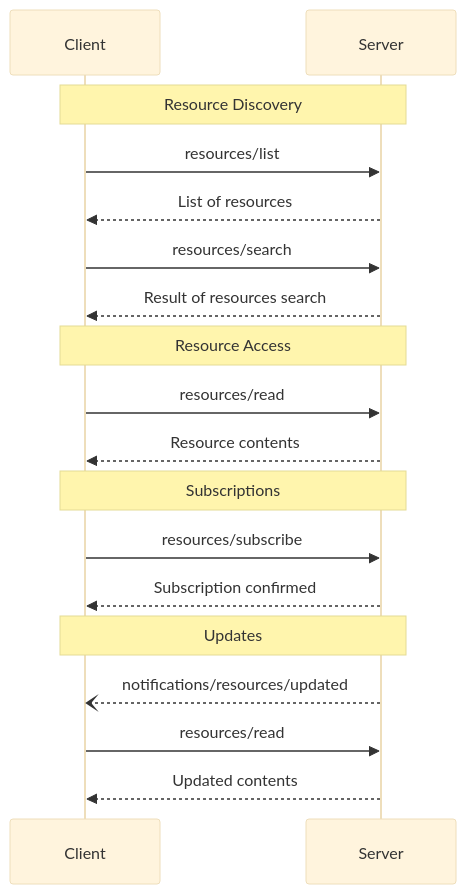
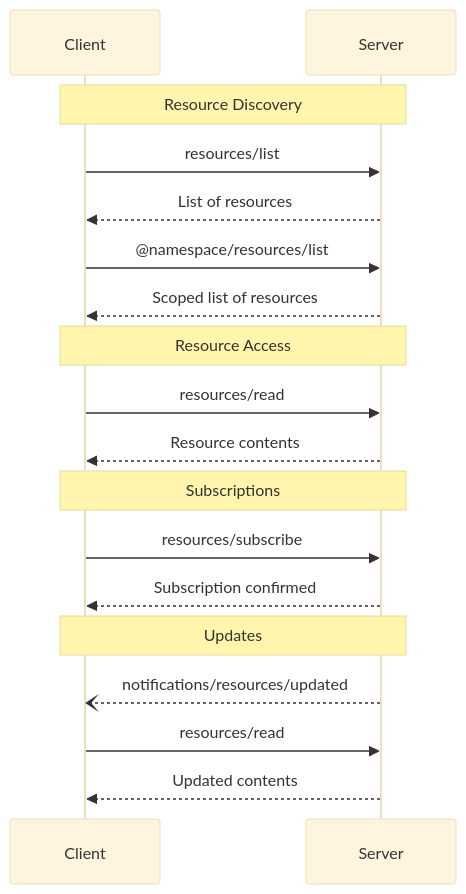
One commit to modelcontextprotocol/specification changed the diagram in docs/specification/2025-03-26/server/resources.mdx. Above: the diagram before and after it, drawn with Mermaid (base theme). The commit also changed 2 other files, not shown here.

````diff
--- a/docs/specification/2025-03-26/server/resources.mdx
+++ b/docs/specification/2025-03-26/server/resources.mdx
@@ -237,24 +237,24 @@
 ```mermaid
 sequenceDiagram
     participant Client
     participant Server
 
     Note over Client,Server: Resource Discovery
     Client->>Server: resources/list
     Server-->>Client: List of resources
-    Client->>Server: resources/search
-    Server-->>Client: Result of resources search
+    Client->>Server: @namespace/resources/list
+    Server-->>Client: Scoped list of resources
 
     Note over Client,Server: Resource Access
     Client->>Server: resources/read
     Server-->>Client: Resource contents
 
     Note over Client,Server: Subscriptions
     Client->>Server: resources/subscribe
     Server-->>Client: Subscription confirmed
 
     Note over Client,Server: Updates
     Server--)Client: notifications/resources/updated
     Client->>Server: resources/read
     Server-->>Client: Updated contents
 ```
````
